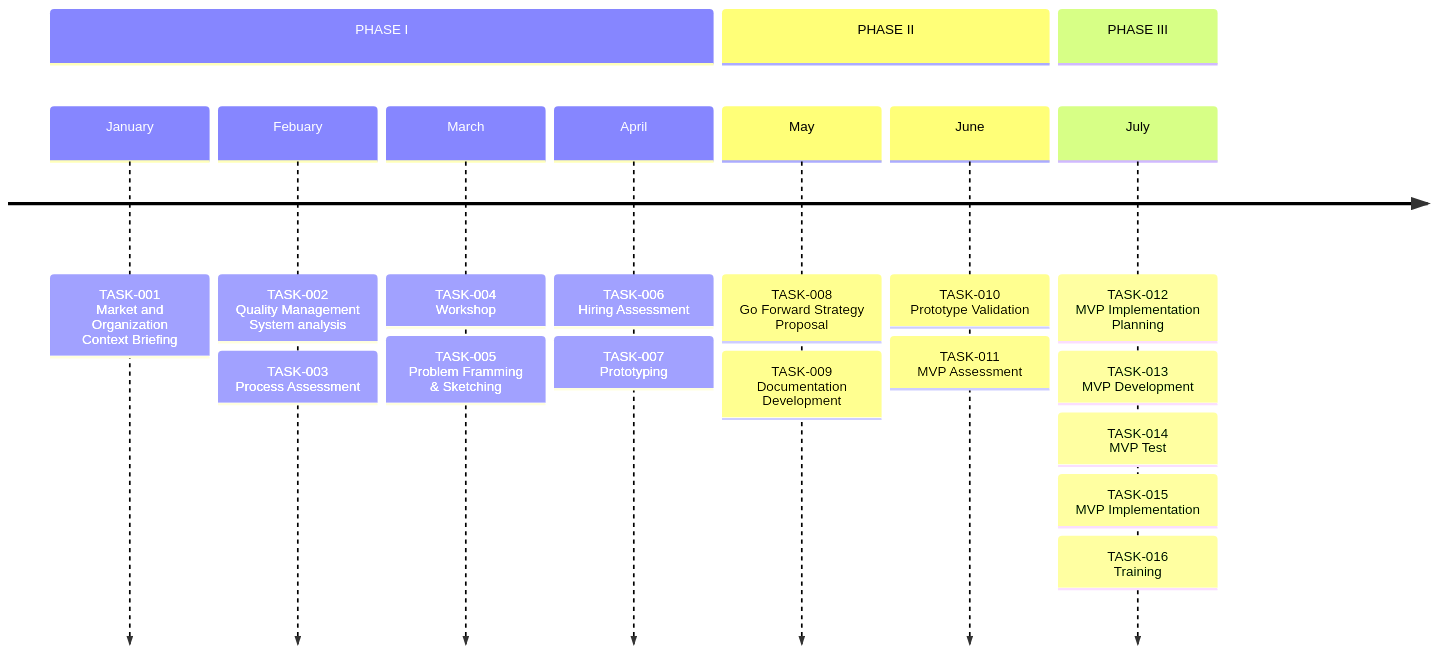
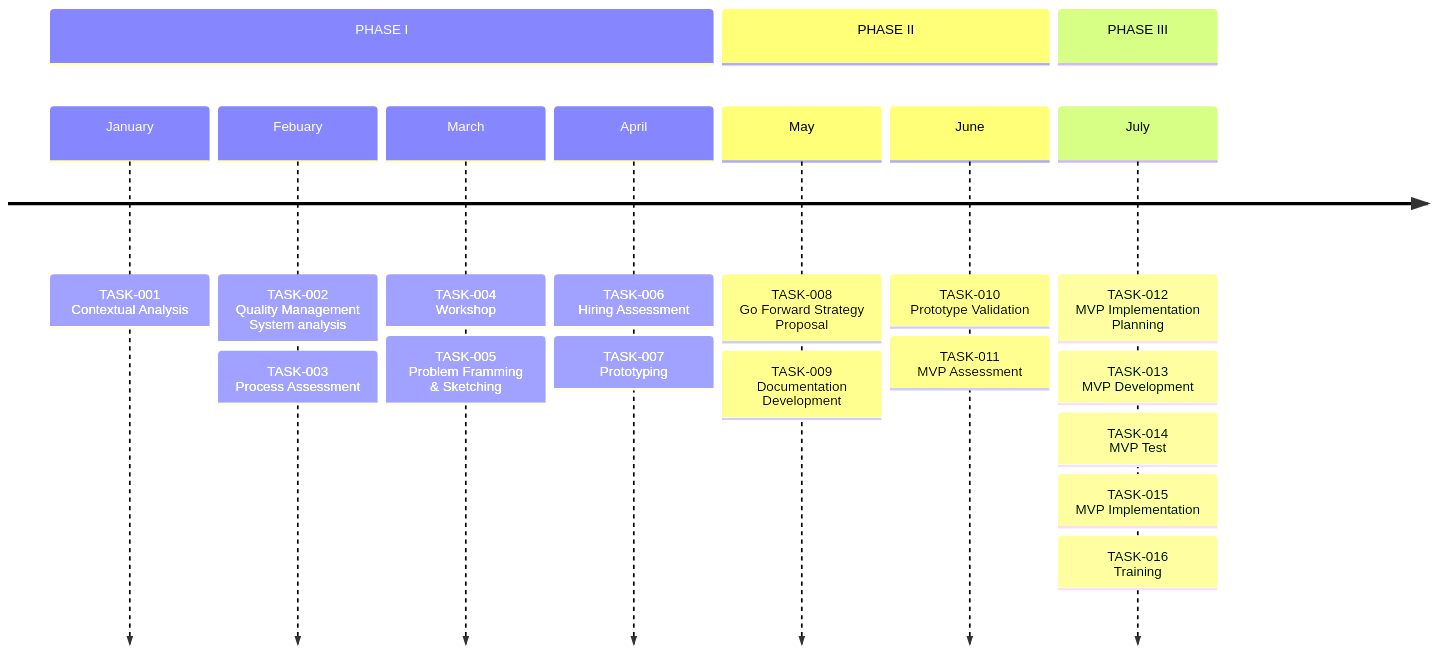
The diagram in site-stakeholder/docs/timeline.md (Neun-Design/Nance), drawn with Mermaid before and after one commit. The commit also changed 5 other files, not shown here.

First line of the commit message:
Add Roadmap page and update timeline task label

````diff
--- a/site-stakeholder/docs/timeline.md
+++ b/site-stakeholder/docs/timeline.md
@@ -10,23 +10,23 @@
 ``` mermaid
 
 timeline
         section PHASE I 
-          January : TASK-001<br>Market and Organization Context Briefing
+          January : TASK-001<br>Contextual Analysis
           Febuary : TASK-002<br>Quality Management System analysis
                   : TASK-003<br>Process Assessment
           March : TASK-004<br>Workshop
                 : TASK-005<br>Problem Framming & Sketching
           April : TASK-006<br>Hiring Assessment
                 : TASK-007<br>Prototyping
         section PHASE II
           May : TASK-008<br>Go Forward Strategy Proposal
               : TASK-009<br>Documentation Development
           June : TASK-010<br>Prototype Validation
               : TASK-011<br>MVP Assessment
         section PHASE III 
           July : TASK-012<br>MVP Implementation Planning
               : TASK-013<br>MVP Development
               : TASK-014<br>MVP Test
               : TASK-015<br>MVP Implementation
               : TASK-016<br>Training
 ```
````
